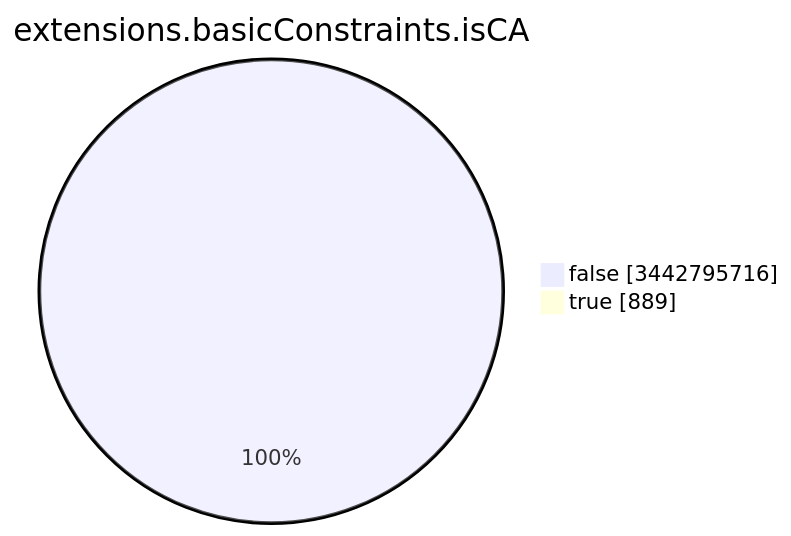
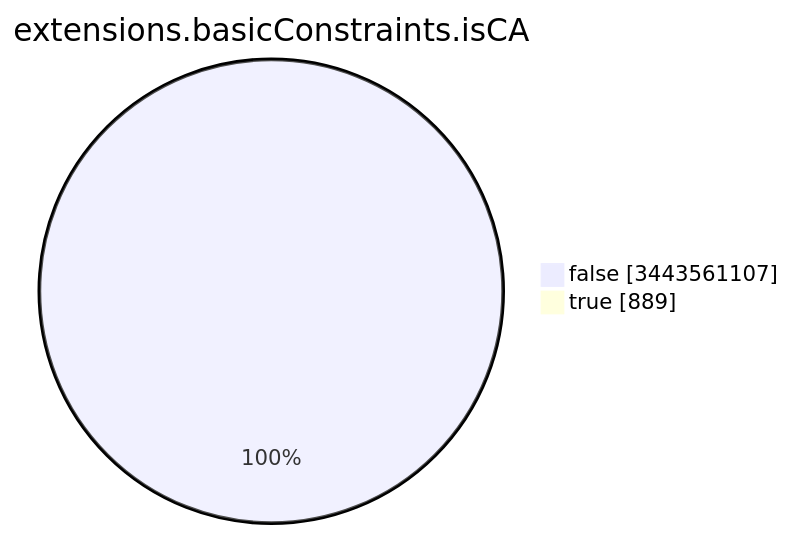
The seventh of 15 diagrams in TOTAL/README.md (christiankrug/ctmonitor_visualization), drawn with Mermaid before and after one commit. The commit also changed other lines of this file, not shown here.

````diff
--- a/TOTAL/README.md
+++ b/TOTAL/README.md
@@ -3092,6 +3092,6 @@
 ```mermaid
 pie showData
 title extensions.basicConstraints.isCA
-"false" :3442795716
+"false" :3443561107
 "true" :889
 ```
````
